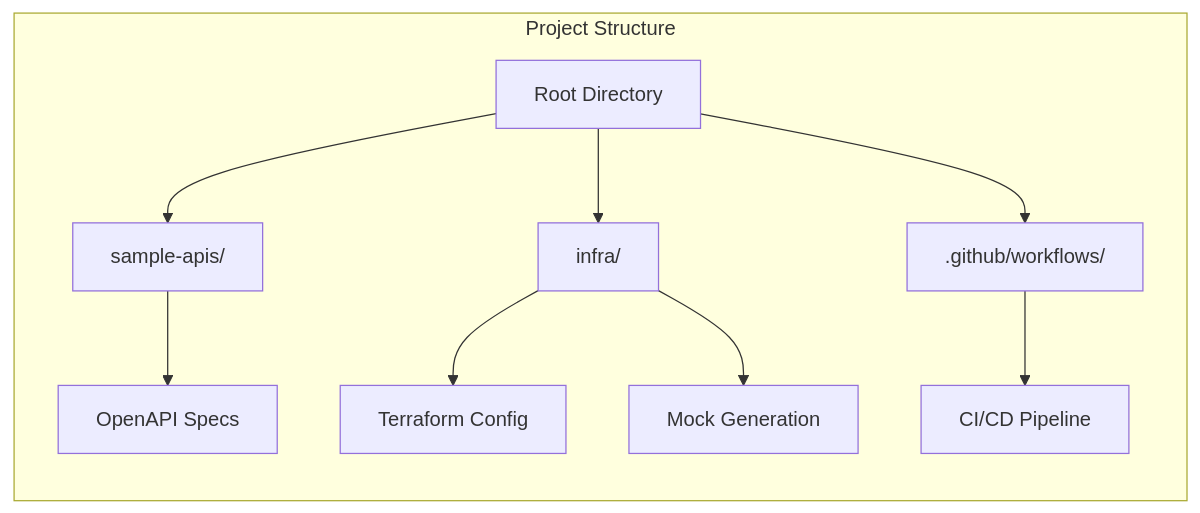
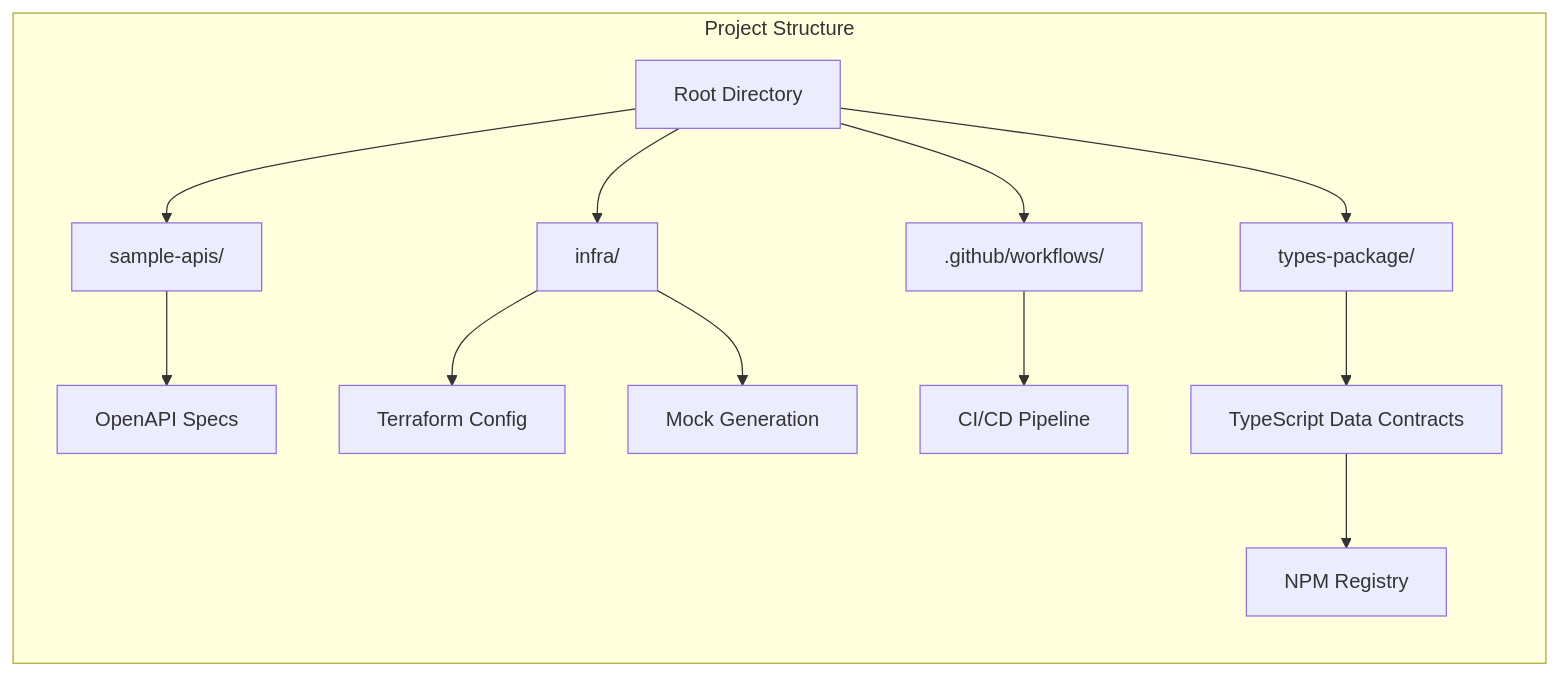
Before and after one commit to alighulamulhassan/poc-modern-engineering-with-data-contracts: the diagram in docs/directory-structure.md, drawn with Mermaid. The commit also changed 6 other files, not shown here.

````diff
--- a/docs/directory-structure.md
+++ b/docs/directory-structure.md
@@ -1,18 +1,23 @@
 ```mermaid
 graph LR
     subgraph "Project Structure"
         A[Root Directory]
         B[sample-apis/]
         C[infra/]
         D[.github/workflows/]
+        E[types-package/]
+        F[NPM Registry]
         
         A --> B
         A --> C
         A --> D
+        A --> E
         
-        B --> E[OpenAPI Specs]
-        C --> F[Terraform Config]
-        C --> G[Mock Generation]
-        D --> H[CI/CD Pipeline]
+        B --> G[OpenAPI Specs]
+        C --> H[Terraform Config]
+        C --> I[Mock Generation]
+        D --> J[CI/CD Pipeline]
+        E --> K[TypeScript Data Contracts]
+        K --> F
     end
 ```
````
